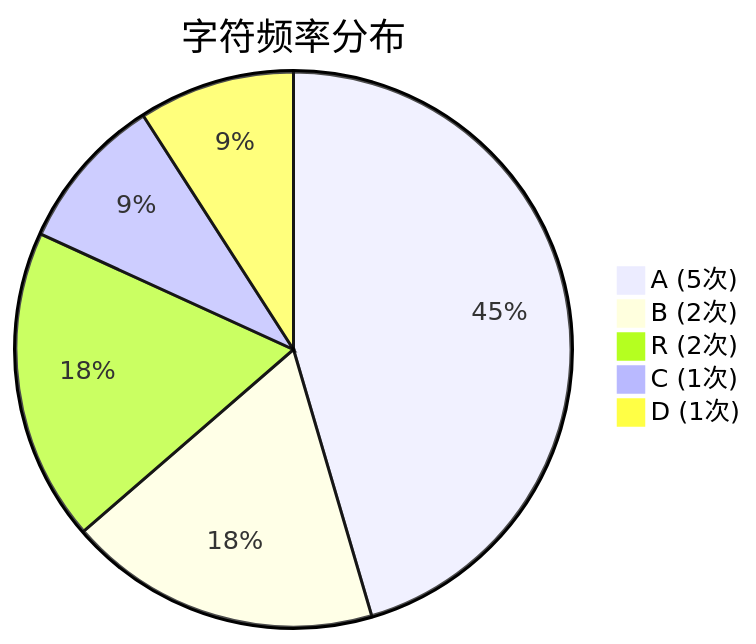
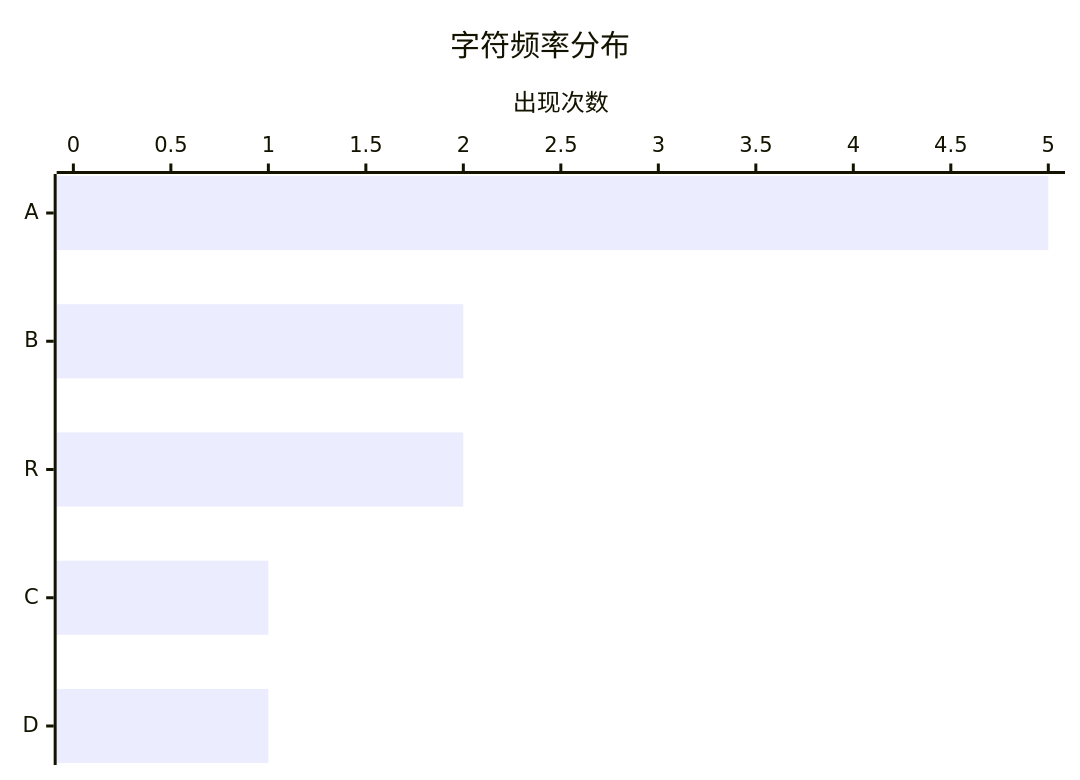
One commit to HONGLEI111/hhlblog-global changed the first of 3 diagrams in src/content/technology/huffman-tree.md. Above: the diagram before and after it, drawn with Mermaid. The commit also changed 295 other files, not shown here.

````diff
--- a/src/content/technology/huffman-tree.md
+++ b/src/content/technology/huffman-tree.md
@@ -40,8 +40,7 @@
 ```mermaid
-pie title 字符频率分布
-    "A (5次)" : 5
-    "B (2次)" : 2
-    "R (2次)" : 2
-    "C (1次)" : 1
-    "D (1次)" : 1
+xychart-beta horizontal
+    title "字符频率分布"
+    x-axis [A, B, R, C, D]
+    y-axis "出现次数" 0 --> 5
+    bar [5, 2, 2, 1, 1]
 ```
````
